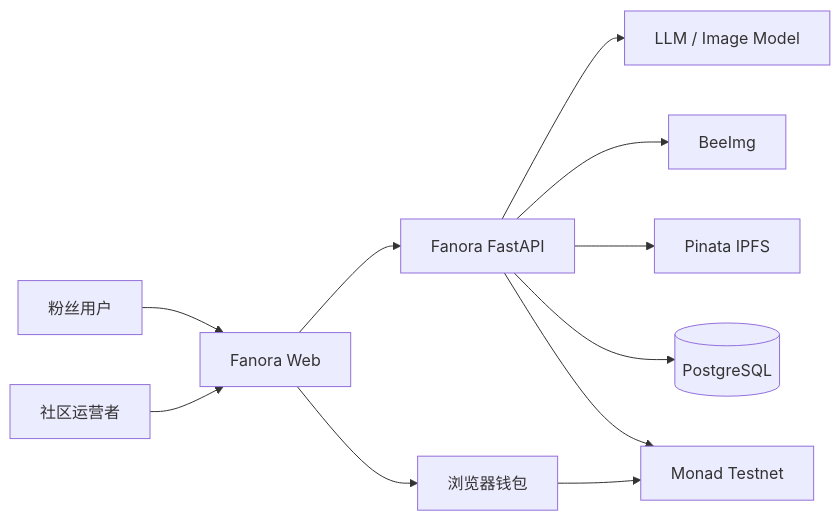
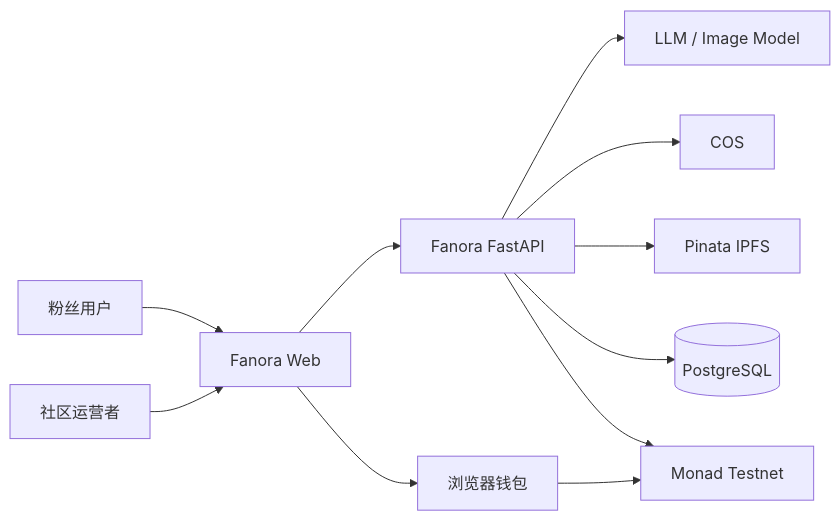
Before and after one commit to ouminghai/Fanora: the first of 9 diagrams in docs/produce/ARCHITECTURE.md, drawn with Mermaid. The commit also changed other lines of this file and 78 other files, not shown here.

````diff
--- a/docs/produce/ARCHITECTURE.md
+++ b/docs/produce/ARCHITECTURE.md
@@ -14,13 +14,13 @@
 ```mermaid
 flowchart LR
     Fan["粉丝用户"] --> Web["Fanora Web"]
     Operator["社区运营者"] --> Web
     Web --> API["Fanora FastAPI"]
     Web --> Wallet["浏览器钱包"]
     API --> Models["LLM / Image Model"]
-    API --> Bee["BeeImg"]
+    API --> Bee["COS"]
     API --> Pinata["Pinata IPFS"]
     API --> PG[("PostgreSQL")]
     API --> Monad["Monad Testnet"]
     Wallet --> Monad
 ```
````
